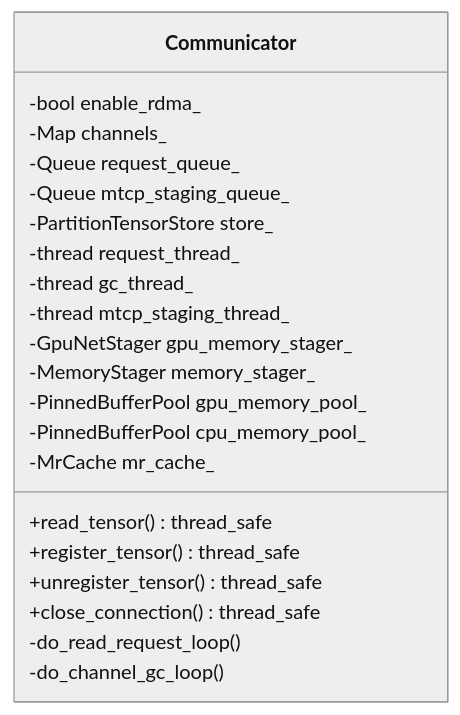
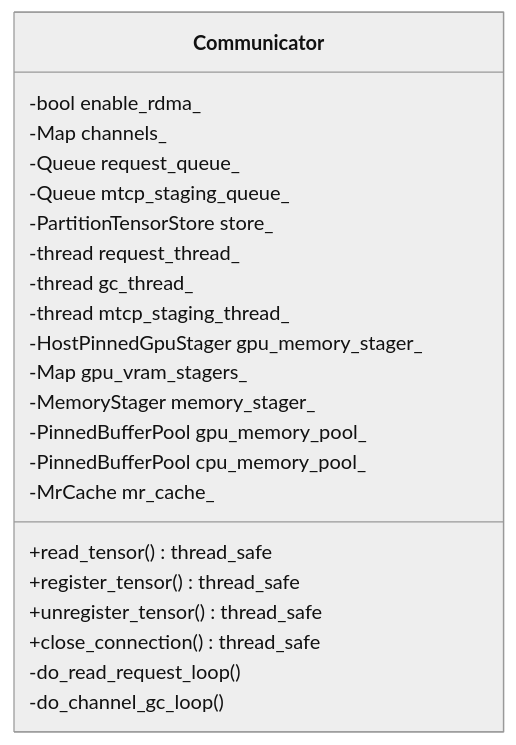
Before and after one commit to tensorcast-ai/tensorcast: the third of 13 diagrams in core/communicator/README.md, drawn with Mermaid (neutral theme). The commit also changed other lines of this file and 41 other files, not shown here.

````diff
--- a/core/communicator/README.md
+++ b/core/communicator/README.md
@@ -190,25 +190,26 @@
 ```mermaid
 classDiagram
   class Communicator {
     -bool enable_rdma_
     -Map channels_
     -Queue request_queue_
     -Queue mtcp_staging_queue_
     -PartitionTensorStore store_
     -thread request_thread_
     -thread gc_thread_
     -thread mtcp_staging_thread_
-    -GpuNetStager gpu_memory_stager_
+    -HostPinnedGpuStager gpu_memory_stager_
+    -Map gpu_vram_stagers_
     -MemoryStager memory_stager_
     -PinnedBufferPool gpu_memory_pool_
     -PinnedBufferPool cpu_memory_pool_
     -MrCache mr_cache_
 
     +read_tensor() thread_safe
     +register_tensor() thread_safe
     +unregister_tensor() thread_safe
     +close_connection() thread_safe
     -do_read_request_loop()
     -do_channel_gc_loop()
   }
 ```
````
